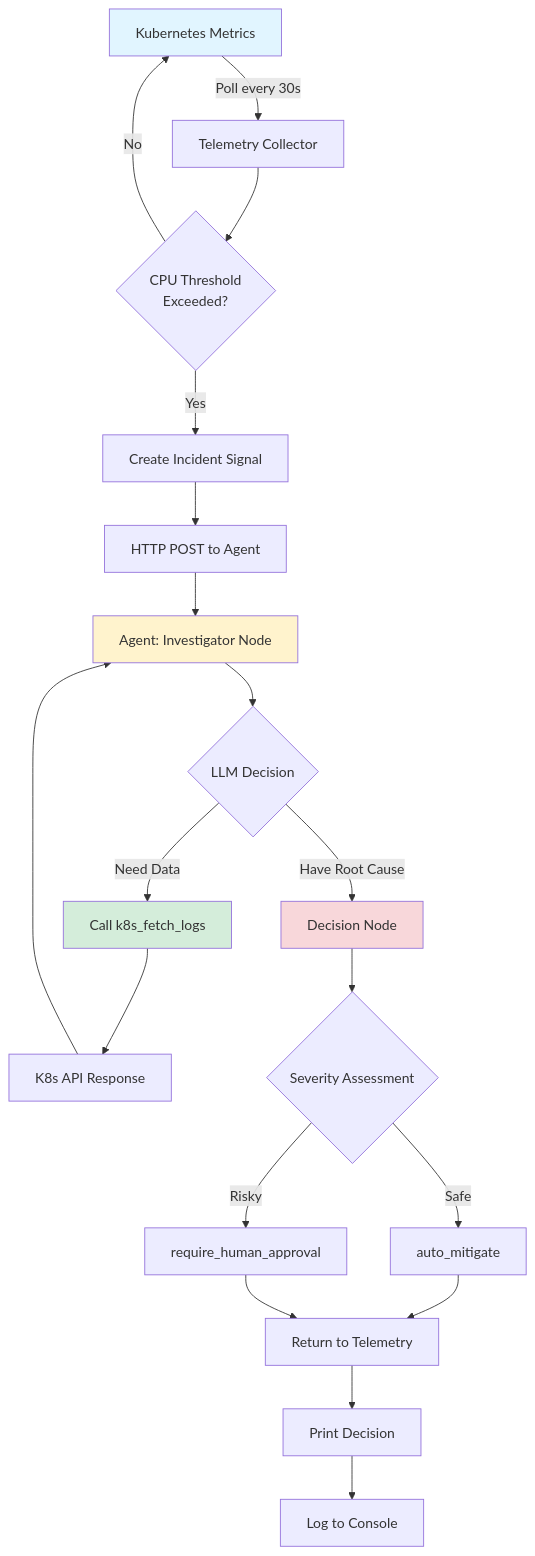
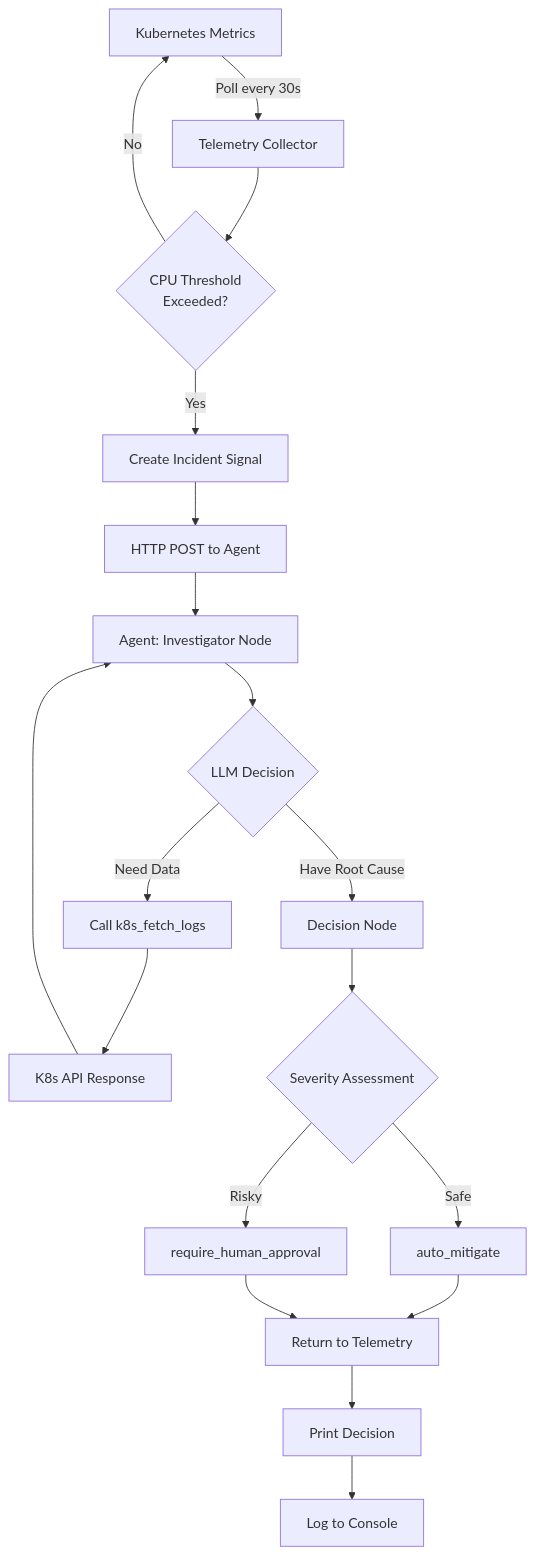
Before and after one commit to Mohamedaslam227/Agentic-Logs-Analyzer: the fourth of 4 diagrams in README.md, drawn with Mermaid. The commit also changed other lines of this file and 2 other files, not shown here.

First line of the commit message:
docs: Update READMEs with diagrams, remove emojis, and add project services

````diff
--- a/README.md
+++ b/README.md
@@ -192,29 +181,24 @@
 ```mermaid
 flowchart TD
     A[Kubernetes Metrics] -->|Poll every 30s| B[Telemetry Collector]
     B --> C{CPU Threshold<br/>Exceeded?}
     C -->|No| A
     C -->|Yes| D[Create Incident Signal]
     D --> E[HTTP POST to Agent]
     E --> F[Agent: Investigator Node]
     
     F --> G{LLM Decision}
     G -->|Need Data| H[Call k8s_fetch_logs]
     H --> I[K8s API Response]
     I --> F
     
     G -->|Have Root Cause| J[Decision Node]
     J --> K{Severity Assessment}
     K -->|Safe| L[auto_mitigate]
     K -->|Risky| M[require_human_approval]
     
     L --> N[Return to Telemetry]
     M --> N
     N --> O[Print Decision]
     O --> P[Log to Console]
-    
-    style A fill:#e1f5ff
-    style F fill:#fff3cd
-    style H fill:#d4edda
-    style J fill:#f8d7da
 ```
````
